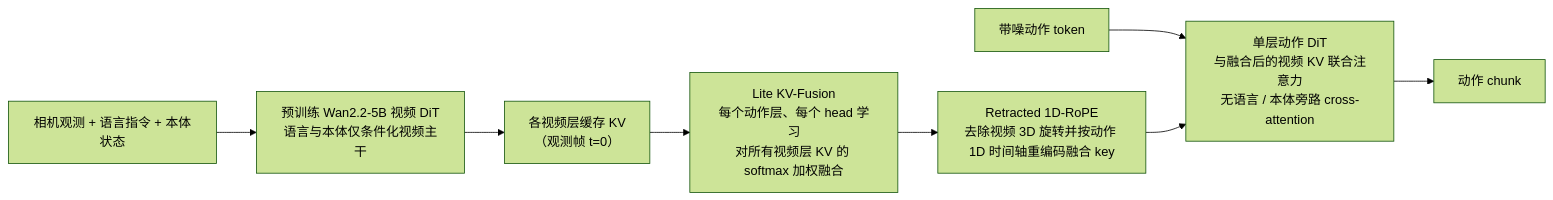
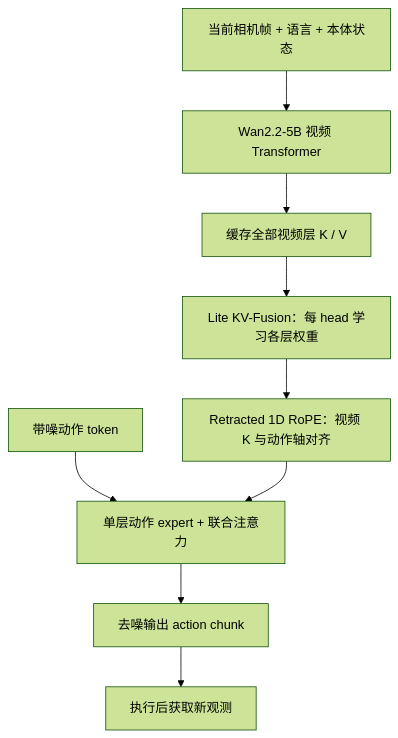
One commit to ImChong/Robotics_Notebooks changed the first of 2 diagrams in wiki/entities/paper-rcl-2608-02365-faster-wam-do-world-action-models-need-deep-acti.md. Above: the diagram before and after it, drawn with Mermaid (forest theme). The commit also changed other lines of this file and 12 other files, not shown here.

Commit message:
[2026-11-14] ingest | sources/papers/stageguard_arxiv_2609_20791.md — 核对五项机器人规划研究并完善论文节点与源码图

````diff
--- a/wiki/entities/paper-rcl-2608-02365-faster-wam-do-world-action-models-need-deep-acti.md
+++ b/wiki/entities/paper-rcl-2608-02365-faster-wam-do-world-action-models-need-deep-acti.md
@@ -46,10 +48,11 @@
 ```mermaid
-flowchart LR
-  IN["相机观测 + 语言指令 + 本体状态"] --> VB["预训练 Wan2.2-5B 视频 DiT<br/>语言与本体仅条件化视频主干"]
-  VB --> KV["各视频层缓存 KV<br/>（观测帧 t=0）"]
-  KV --> LKF["Lite KV-Fusion<br/>每个动作层、每个 head 学习<br/>对所有视频层 KV 的 softmax 加权融合"]
-  LKF --> RR["Retracted 1D-RoPE<br/>去除视频 3D 旋转并按动作 1D 时间轴重编码融合 key"]
-  AQ["带噪动作 token"] --> ACT["单层动作 DiT<br/>与融合后的视频 KV 联合注意力<br/>无语言 / 本体旁路 cross-attention"]
-  RR --> ACT
-  ACT --> OUT["动作 chunk"]
+flowchart TB
+  O["当前相机帧 + 语言 + 本体状态"] --> V["Wan2.2-5B 视频 Transformer"]
+  V --> KV["缓存全部视频层 K / V"]
+  KV --> F["Lite KV-Fusion：每 head 学习各层权重"]
+  F --> R["Retracted 1D RoPE：视频 K 与动作轴对齐"]
+  A["带噪动作 token"] --> E["单层动作 expert + 联合注意力"]
+  R --> E
+  E --> P["去噪输出 action chunk"]
+  P --> ROB["执行后获取新观测"]
 ```
````
